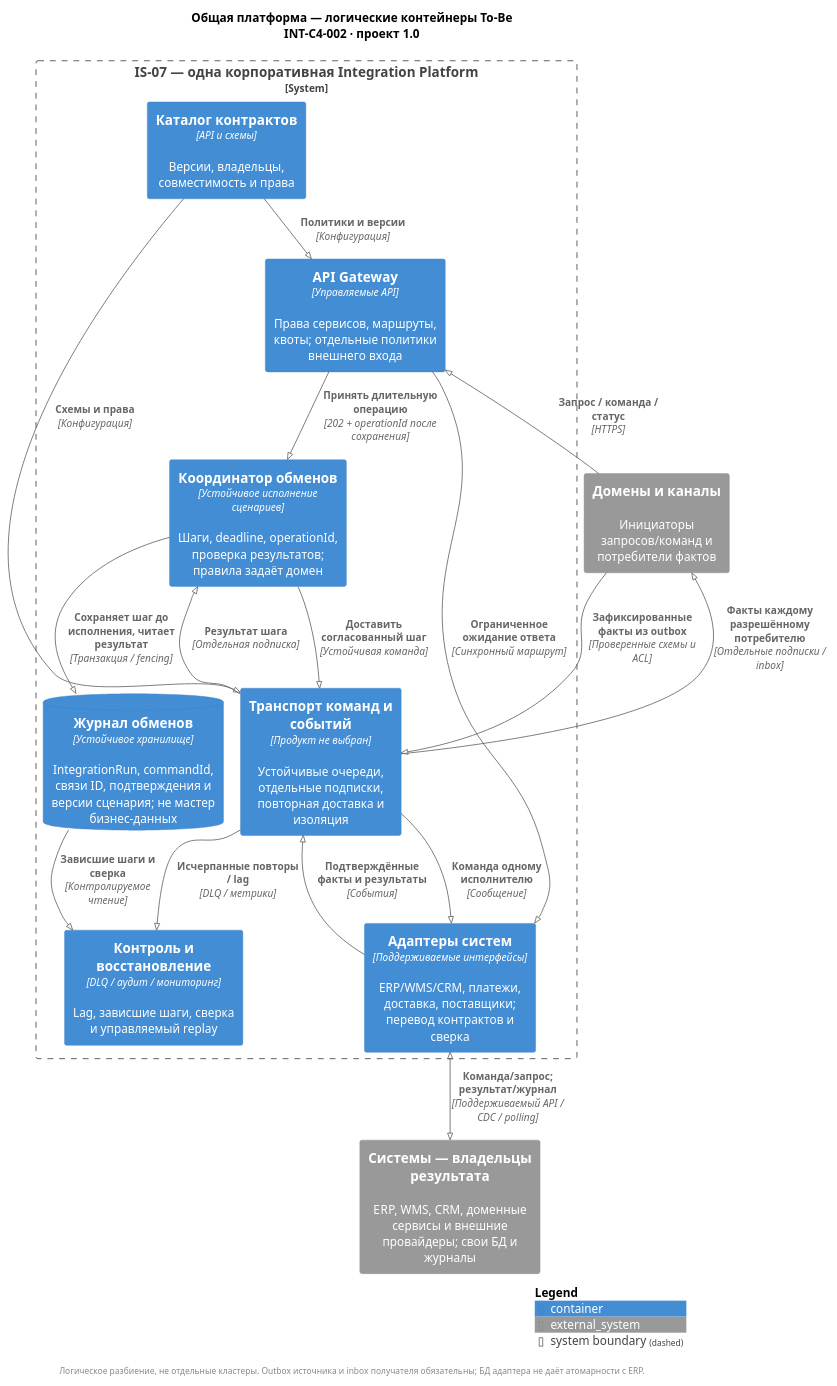
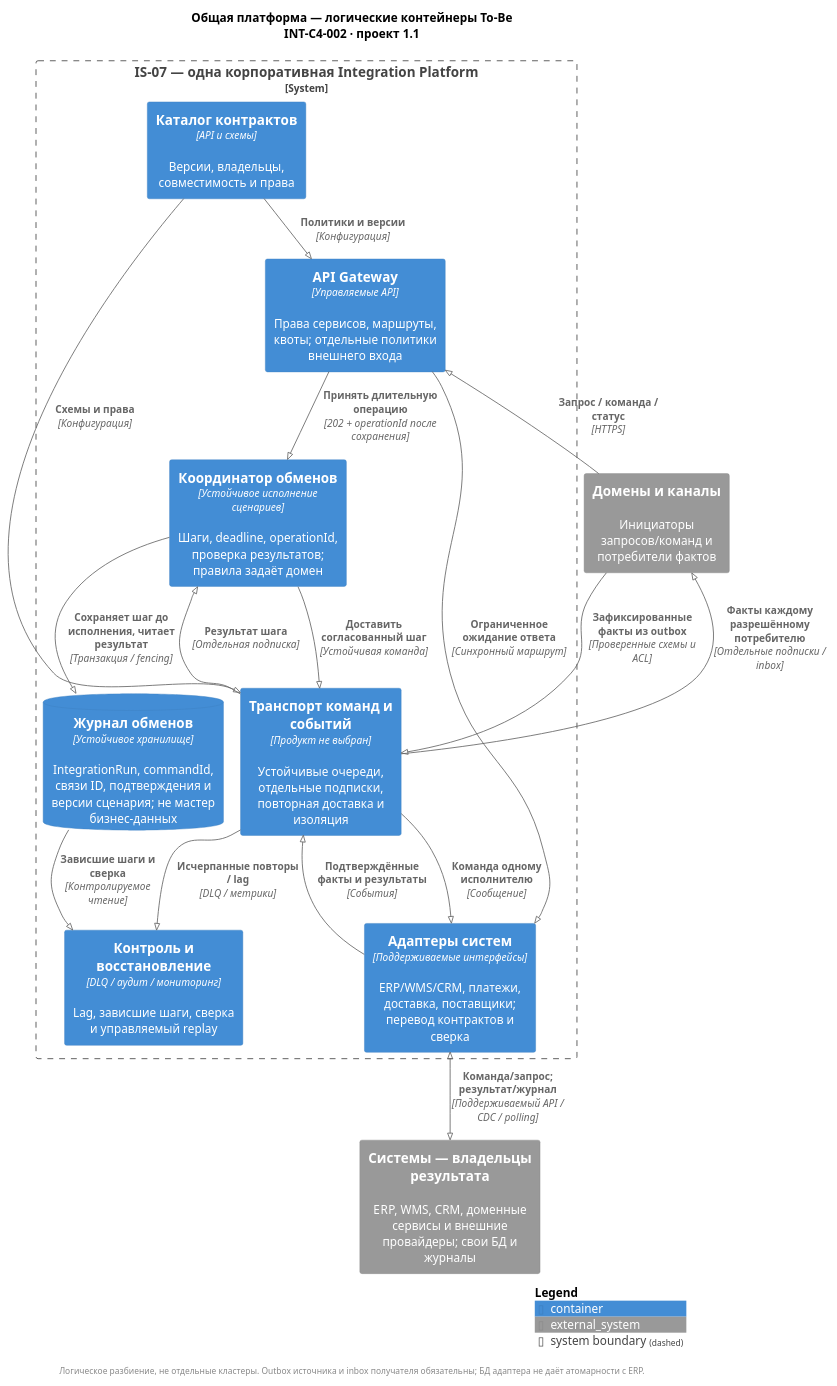
One commit to rsingatulin/hse_architecture changed the diagram in 06_integration_architecture/diagrams/INT-C4-002-platform.puml. Above: the diagram before and after it, drawn with PlantUML. The commit also changed 27 other files, not shown here.

```diff
--- a/06_integration_architecture/diagrams/INT-C4-002-platform.puml
+++ b/06_integration_architecture/diagrams/INT-C4-002-platform.puml
@@ -1,36 +1,36 @@
 @startuml INT-C4-002-platform
 !pragma layout smetana
 !include <C4/C4_Container>
 LAYOUT_TOP_DOWN()
 skinparam defaultFontName Arial
 skinparam backgroundColor white
-title Общая платформа — логические контейнеры To-Be\nINT-C4-002 · проект 1.0
+title Общая платформа — логические контейнеры To-Be\nINT-C4-002 · проект 1.1
 System_Ext(caller, "Домены и каналы", "Инициаторы запросов/команд и потребители фактов")
 System_Boundary(ip, "IS-07 — одна корпоративная Integration Platform") {
  Container(gw, "API Gateway", "Управляемые API", "Права сервисов, маршруты, квоты; отдельные политики внешнего входа")
  Container(flow, "Координатор обменов", "Устойчивое исполнение сценариев", "Шаги, deadline, operationId, проверка результатов; правила задаёт домен")
  Container(bus, "Транспорт команд и событий", "Продукт не выбран", "Устойчивые очереди, отдельные подписки, повторная доставка и изоляция")
  Container(adapt, "Адаптеры систем", "Поддерживаемые интерфейсы", "ERP/WMS/CRM, платежи, доставка, поставщики; перевод контрактов и сверка")
  ContainerDb(state, "Журнал обменов", "Устойчивое хранилище", "IntegrationRun, commandId, связи ID, подтверждения и версии сценария; не мастер бизнес-данных")
  Container(catalog, "Каталог контрактов", "API и схемы", "Версии, владельцы, совместимость и права")
  Container(ops, "Контроль и восстановление", "DLQ / аудит / мониторинг", "Lag, зависшие шаги, сверка и управляемый replay")
 }
 System_Ext(owner, "Системы — владельцы результата", "ERP, WMS, CRM, доменные сервисы и внешние провайдеры; свои БД и журналы")
 Rel(caller, gw, "Запрос / команда / статус", "HTTPS")
 Rel(gw, adapt, "Ограниченное ожидание ответа", "Синхронный маршрут")
 Rel(gw, flow, "Принять длительную операцию", "202 + operationId после сохранения")
 Rel(flow, state, "Сохраняет шаг до исполнения, читает результат", "Транзакция / fencing")
 Rel(flow, bus, "Доставить согласованный шаг", "Устойчивая команда")
 Rel(bus, adapt, "Команда одному исполнителю", "Сообщение")
 BiRel(adapt, owner, "Команда/запрос; результат/журнал", "Поддерживаемый API / CDC / polling")
 Rel(adapt, bus, "Подтверждённые факты и результаты", "События")
 Rel(bus, flow, "Результат шага", "Отдельная подписка")
 Rel(bus, caller, "Факты каждому разрешённому потребителю", "Отдельные подписки / inbox")
 Rel(caller, bus, "Зафиксированные факты из outbox", "Проверенные схемы и ACL")
 Rel(catalog, gw, "Политики и версии", "Конфигурация")
 Rel(catalog, bus, "Схемы и права", "Конфигурация")
 Rel(bus, ops, "Исчерпанные повторы / lag", "DLQ / метрики")
 Rel(state, ops, "Зависшие шаги и сверка", "Контролируемое чтение")
 SHOW_LEGEND()
 footer Логическое разбиение, не отдельные кластеры. Outbox источника и inbox получателя обязательны; БД адаптера не даёт атомарности с ERP.
 @enduml
```
